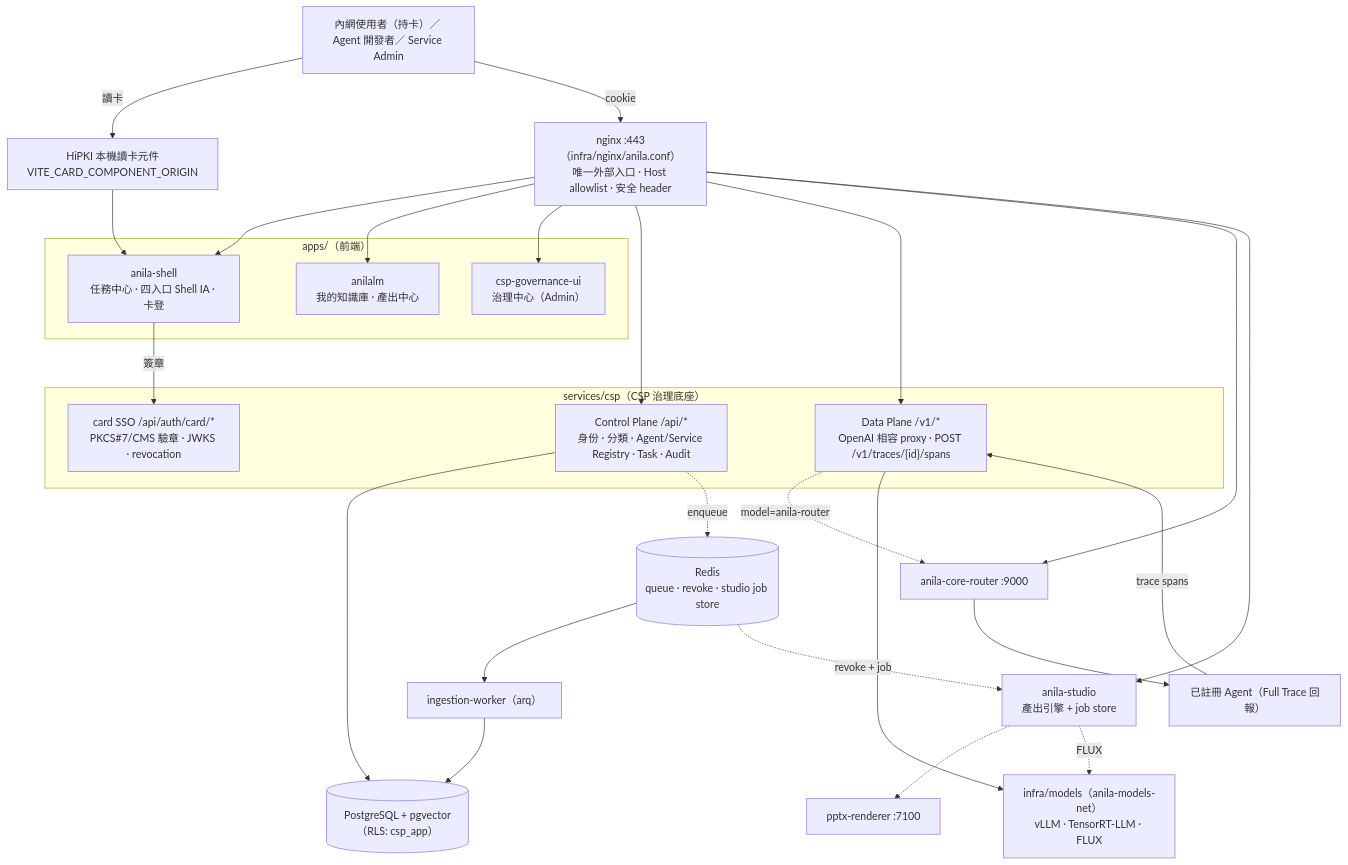
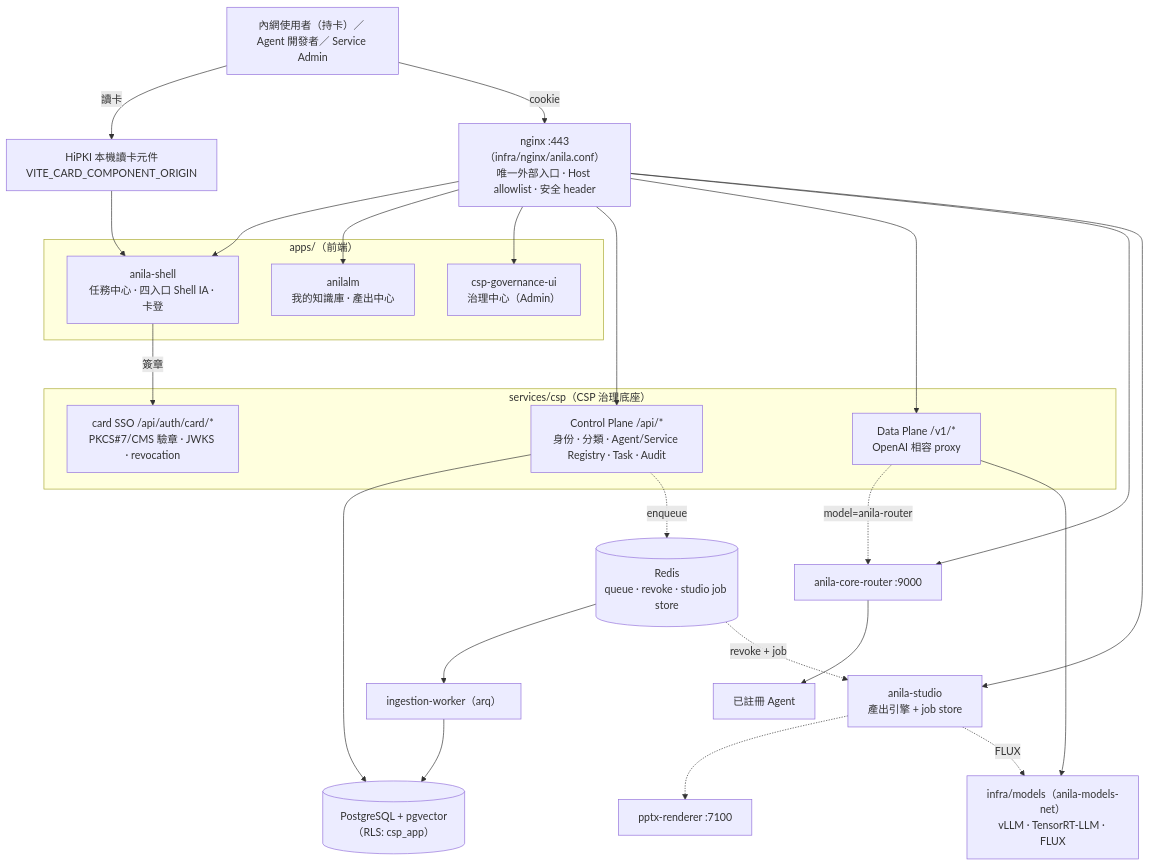
One commit to zzw09773/ANILA changed the diagram in README.md. Above: the diagram before and after it, drawn with Mermaid. The commit also changed other lines of this file and 214 other files, not shown here.

````diff
--- a/README.md
+++ b/README.md
@@ -68,38 +68,38 @@
 ```mermaid
 flowchart TB
     users["內網使用者（持卡）／ Agent 開發者／ Service Admin"]
     card["HiPKI 本機讀卡元件<br/>VITE_CARD_COMPONENT_ORIGIN"]
     nginx["nginx :443（infra/nginx/anila.conf）<br/>唯一外部入口 · Host allowlist · 安全 header"]
 
     subgraph apps["apps/（前端）"]
         shell["anila-shell<br/>任務中心 · 四入口 Shell IA · 卡登"]
         alm["anilalm<br/>我的知識庫 · 產出中心"]
         gov["csp-governance-ui<br/>治理中心（Admin）"]
     end
 
     subgraph csp["services/csp（CSP 治理底座）"]
         ctrl["Control Plane /api/*<br/>身份 · 分類 · Agent/Service Registry · Task · Audit"]
-        data["Data Plane /v1/*<br/>OpenAI 相容 proxy · POST /v1/traces/{id}/spans"]
+        data["Data Plane /v1/*<br/>OpenAI 相容 proxy"]
         auth["card SSO /api/auth/card/*<br/>PKCS#7/CMS 驗章 · JWKS · revocation"]
     end
 
     router["anila-core-router :9000"]
     studio["anila-studio<br/>產出引擎 + job store"]
     pptx["pptx-renderer :7100"]
     worker["ingestion-worker（arq）"]
-    agents["已註冊 Agent（Full Trace 回報）"]
+    agents["已註冊 Agent"]
     redis[("Redis<br/>queue · revoke · studio job store")]
     db[("PostgreSQL + pgvector（RLS: csp_app）")]
     models["infra/models（anila-models-net）<br/>vLLM · TensorRT-LLM · FLUX"]
 
     users -->|讀卡| card --> shell
     users -->|cookie| nginx --> shell & alm & gov & ctrl & data & router & studio
     shell -->|簽章| auth
-    data -.->|model=anila-router| router --> agents -->|trace spans| data
+    data -.->|model=anila-router| router --> agents
     ctrl --> db
     data --> models
     ctrl -.->|enqueue| redis --> worker --> db
     studio -.-> pptx
     studio -.->|FLUX| models
     redis -.->|revoke + job| studio
 ```
````
